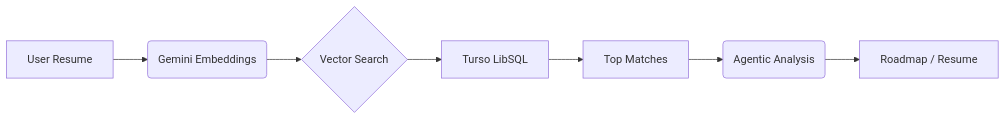
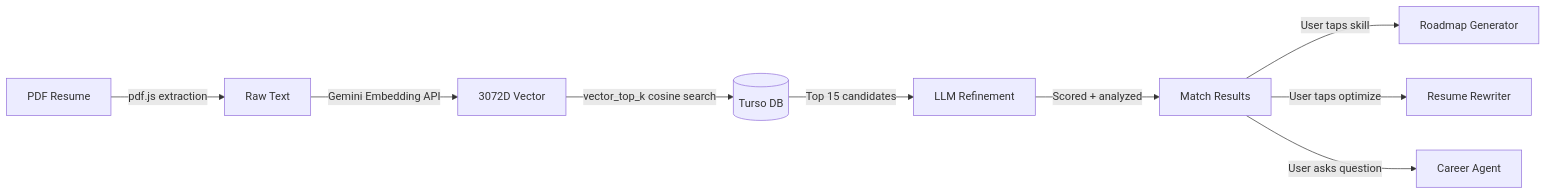
One commit to KunjAgwl/SkillSyncPro changed the diagram in README.md. Above: the diagram before and after it, drawn with Mermaid. The commit also changed other lines of this file, not shown here.

````diff
--- a/README.md
+++ b/README.md
@@ -142,9 +133,11 @@
 ```mermaid
 graph LR
-    A[User Resume] --> B(Gemini Embeddings);
-    B --> C{Vector Search};
-    C --> D[Turso LibSQL];
-    D --> E[Top Matches];
-    E --> F(Agentic Analysis);
-    F --> G[Roadmap / Resume];
+    A[PDF Resume] -->|pdf.js extraction| B[Raw Text]
+    B -->|Gemini Embedding API| C[3072D Vector]
+    C -->|vector_top_k cosine search| D[(Turso DB)]
+    D -->|Top 15 candidates| E[LLM Refinement]
+    E -->|Scored + analyzed| F[Match Results]
+    F -->|User taps skill| G[Roadmap Generator]
+    F -->|User taps optimize| H[Resume Rewriter]
+    F -->|User asks question| I[Career Agent]
 ```
````
